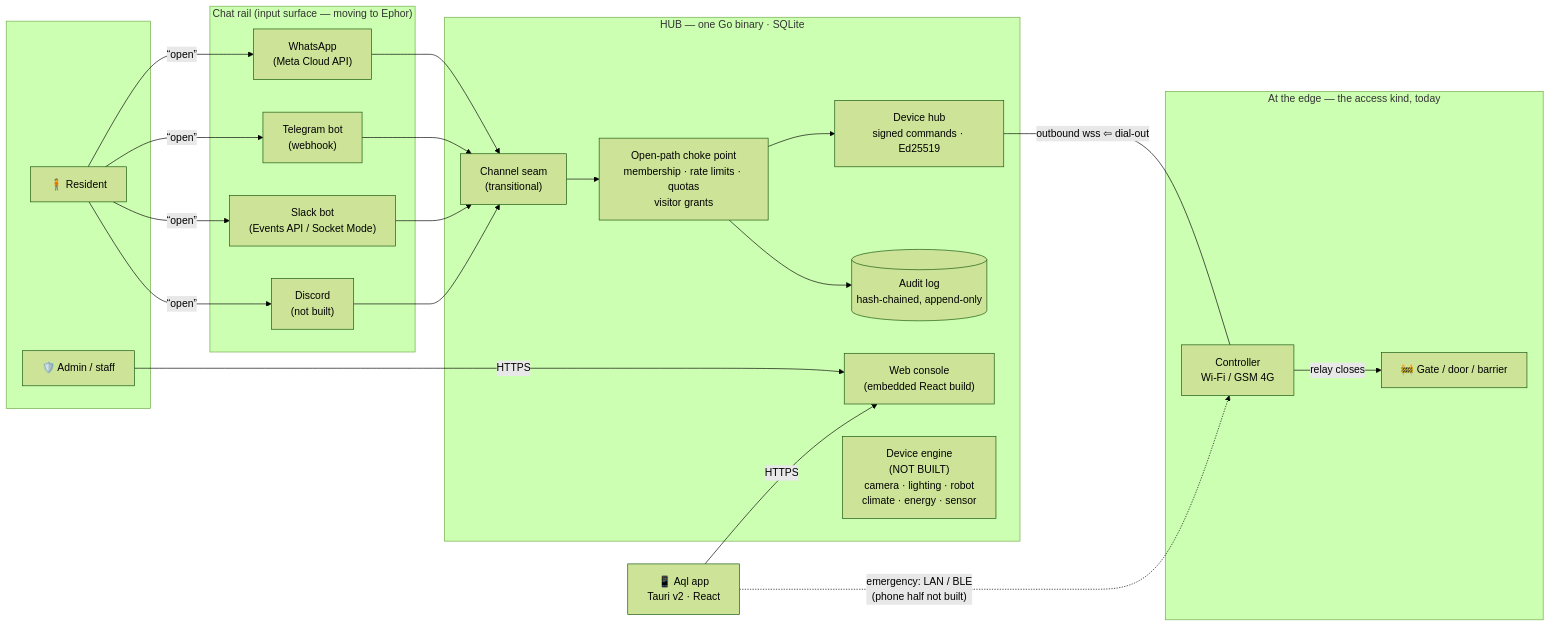
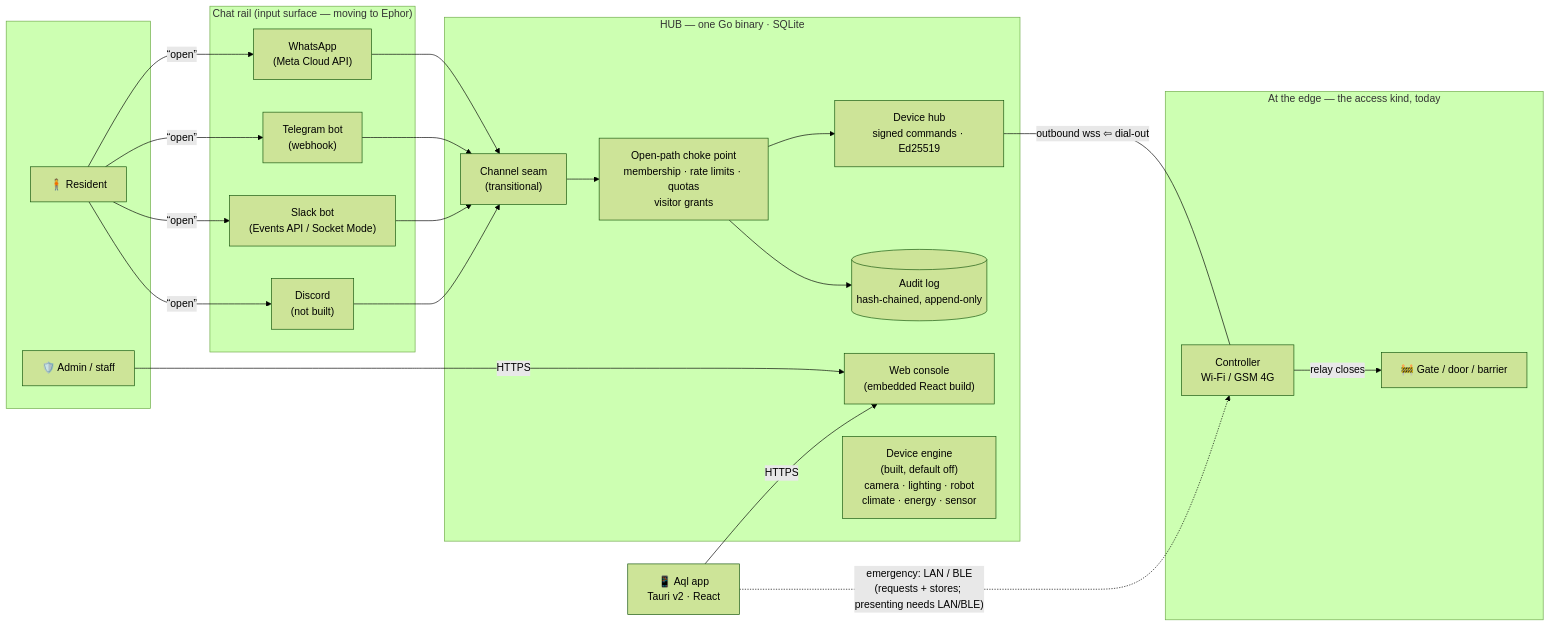
One commit to vul-os/aql changed the first of 2 diagrams in ARCHITECTURE.md. Above: the diagram before and after it, drawn with Mermaid (forest theme). The commit also changed other lines of this file and 9 other files, not shown here.

````diff
--- a/ARCHITECTURE.md
+++ b/ARCHITECTURE.md
@@ -59,41 +62,41 @@
 ```mermaid
 flowchart LR
     subgraph people [" "]
         R["🧍 Resident"]
         A["🛡️ Admin / staff"]
     end
 
     subgraph channels ["Chat rail (input surface — moving to Ephor)"]
         WA["WhatsApp<br/>(Meta Cloud API)"]
         TG["Telegram bot<br/>(webhook)"]
         SL["Slack bot<br/>(Events API / Socket Mode)"]
         DC["Discord<br/>(not built)"]
     end
 
     subgraph gw ["HUB — one Go binary · SQLite"]
         CH["Channel seam<br/>(transitional)"]
         RE["Open-path choke point<br/>membership · rate limits · quotas<br/>visitor grants"]
         PORTAL["Web console<br/>(embedded React build)"]
         HUB["Device hub<br/>signed commands · Ed25519"]
         AUD[("Audit log<br/>hash-chained, append-only")]
-        DEV["Device engine<br/>(NOT BUILT)<br/>camera · lighting · robot<br/>climate · energy · sensor"]
+        DEV["Device engine<br/>(built, default off)<br/>camera · lighting · robot<br/>climate · energy · sensor"]
     end
 
     subgraph site ["At the edge — the access kind, today"]
         C["Controller<br/>Wi-Fi / GSM 4G"]
         G["🚧 Gate / door / barrier"]
     end
 
     APP["📱 Aql app<br/>Tauri v2 · React"]
 
     R -- "“open”" --> WA & TG & SL & DC
     WA & TG & SL & DC --> CH
     CH --> RE
     A -- HTTPS --> PORTAL
     APP -- HTTPS --> PORTAL
     RE --> HUB
     RE --> AUD
     HUB -- "outbound wss ⇦ dial-out" --- C
     C -- relay closes --> G
-    APP -. "emergency: LAN / BLE<br/>(phone half not built)" .-> C
+    APP -. "emergency: LAN / BLE<br/>(requests + stores; presenting needs LAN/BLE)" .-> C
 ```
````
